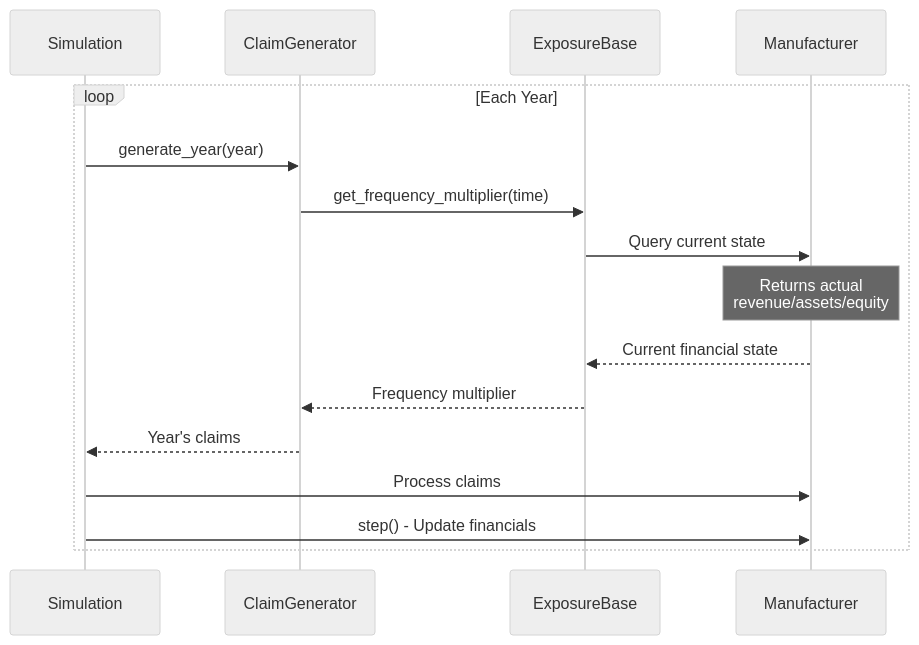
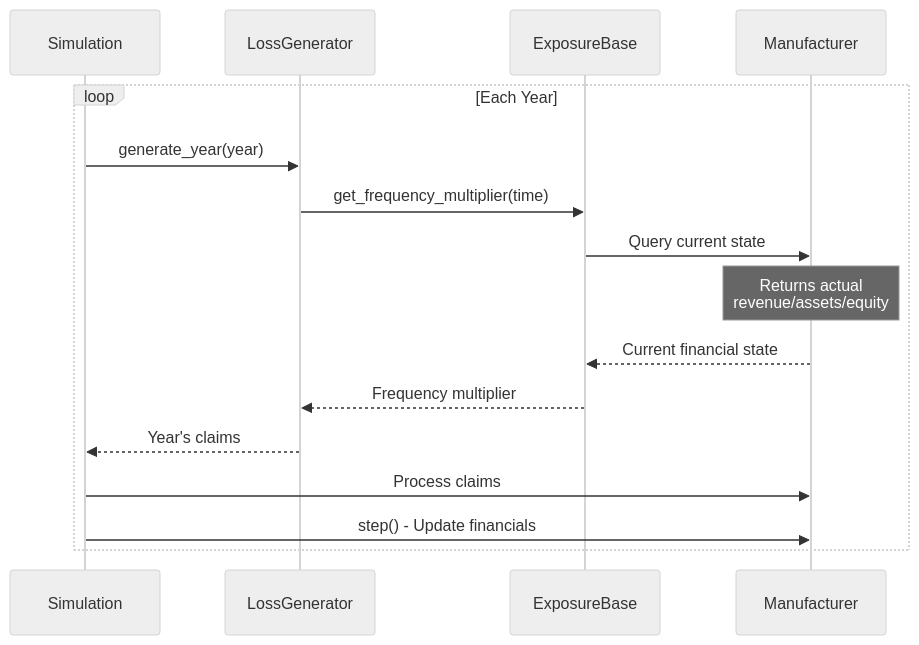
Before and after one commit to AlexFiliakov/Ergodic-Insurance-Limits: the second of 2 diagrams in ergodic_insurance/docs/architecture/exposure_system.md, drawn with Mermaid (neutral theme). The commit also changed other lines of this file and 30 other files, not shown here.

First line of the commit message:
Fix: Remove deprecated ClaimGenerator module (#242) (#249)

````diff
--- a/ergodic_insurance/docs/architecture/exposure_system.md
+++ b/ergodic_insurance/docs/architecture/exposure_system.md
@@ -80,19 +80,19 @@
 ```{mermaid}
 sequenceDiagram
     participant Sim as Simulation
-    participant Gen as ClaimGenerator
+    participant Gen as LossGenerator
     participant Exp as ExposureBase
     participant Mfg as Manufacturer
 
     loop Each Year
         Sim->>Gen: generate_year(year)
         Gen->>Exp: get_frequency_multiplier(time)
         Exp->>Mfg: Query current state
         Note over Mfg: Returns actual<br/>revenue/assets/equity
         Mfg-->>Exp: Current financial state
         Exp-->>Gen: Frequency multiplier
         Gen-->>Sim: Year's claims
         Sim->>Mfg: Process claims
         Sim->>Mfg: step() - Update financials
     end
 ```
````
